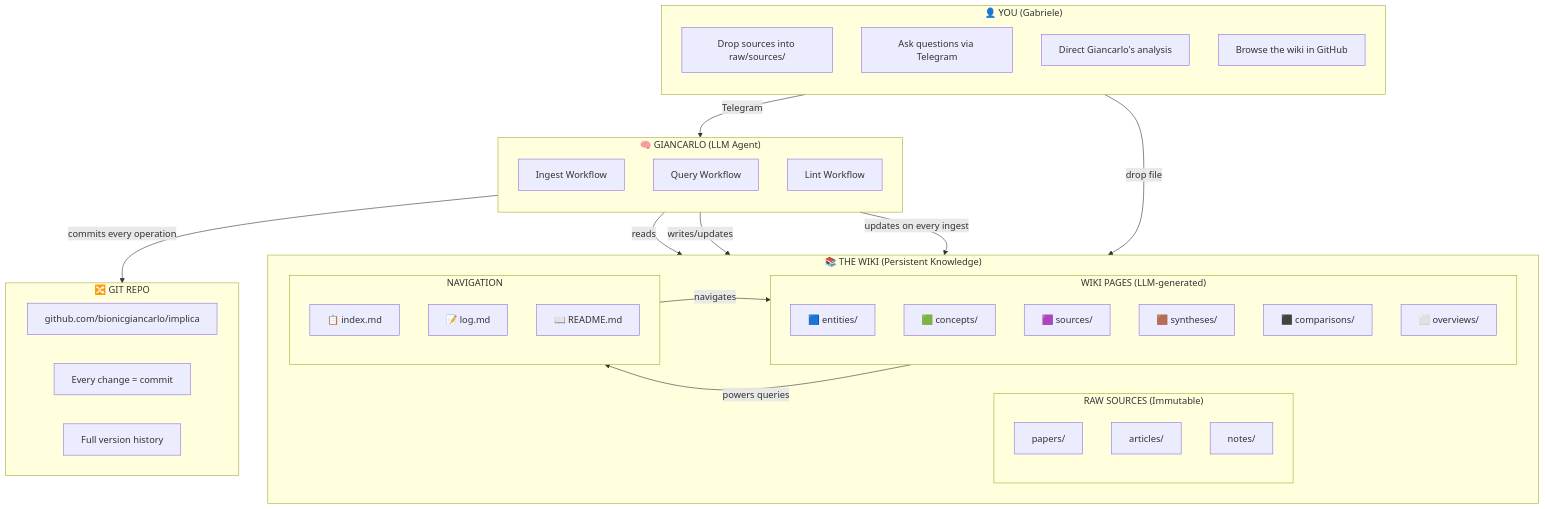
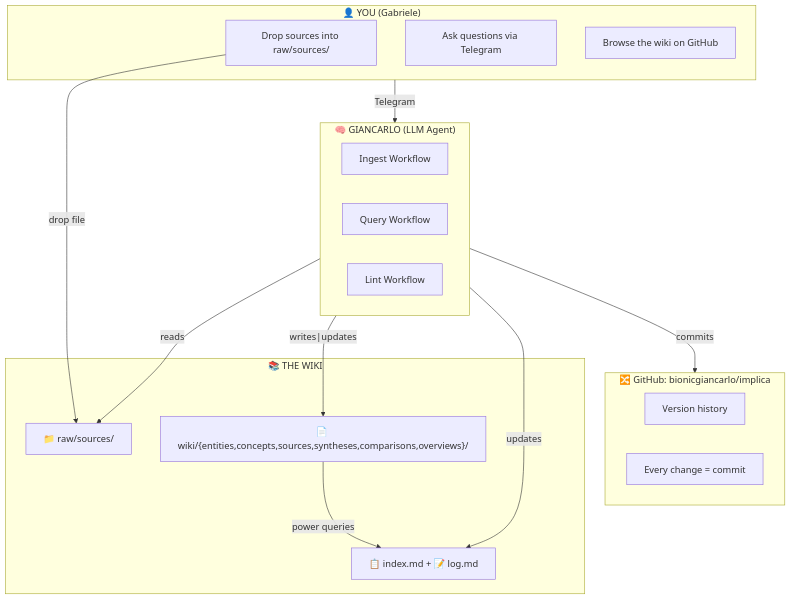
Before and after one commit to bionicgiancarlo/implica: the diagram in diagram.md, drawn with Mermaid. The commit also changed 1 other file, not shown here.

Commit message:
Fix Mermaid: rename subgraph GIT to REPO to avoid cycle

````diff
--- a/diagram.md
+++ b/diagram.md
@@ -3,60 +3,34 @@
 ```mermaid
 flowchart TB
     subgraph USER["👤 YOU (Gabriele)"]
-        direction TB
         U1["Drop sources into raw/sources/"]
         U2["Ask questions via Telegram"]
-        U3["Direct Giancarlo's analysis"]
-        U4["Browse the wiki in GitHub"]
+        U3["Browse the wiki on GitHub"]
     end
 
     subgraph AGENT["🧠 GIANCARLO (LLM Agent)"]
-        direction TB
         A1["Ingest Workflow"]
         A2["Query Workflow"]
         A3["Lint Workflow"]
     end
 
-    subgraph WIKI["📚 THE WIKI (Persistent Knowledge)"]
-        direction LR
-        
-        subgraph RAW["RAW SOURCES (Immutable)"]
-            RS1["papers/"]
-            RS2["articles/"]
-            RS3["notes/"]
-        end
+    USER -->|"Telegram"| AGENT
+    U1 -->|"drop file"| RAW
 
-        subgraph PAGES["WIKI PAGES (LLM-generated)"]
-            direction TB
-            WP1["🟦 entities/"]
-            WP2["🟩 concepts/"]
-            WP3["🟪 sources/"]
-            WP4["🟫 syntheses/"]
-            WP5["⬛ comparisons/"]
-            WP6["⬜ overviews/"]
-        end
-
-        subgraph NAV["NAVIGATION"]
-            IDX["📋 index.md"]
-            LOG["📝 log.md"]
-            README["📖 README.md"]
-        end
+    subgraph WIKI["📚 THE WIKI"]
+        RAW["📁 raw/sources/"] 
+        PAGES["📄 wiki/{entities,concepts,sources,syntheses,comparisons,overviews}/"]
+        NAV["📋 index.md + 📝 log.md"]
     end
 
-    subgraph GIT["🔀 GIT REPO"]
-        G1["github.com/bionicgiancarlo/implica"]
-        G2["Every change = commit"]
-        G3["Full version history"]
+    AGENT -->|"reads"| RAW
+    AGENT -->|"writes|updates"| PAGES
+    AGENT -->|"updates"| NAV
+    AGENT -->|"commits"| REPO
+    PAGES -->|"power queries"| NAV
+
+    subgraph REPO["🔀 GitHub: bionicgiancarlo/implica"]
+        R1["Version history"]
+        R2["Every change = commit"]
     end
-
-    USER -->|"Telegram"| AGENT
-    U1 -->|"drop file"| RAW
-    
-    AGENT -->|"reads"| RAW
-    AGENT -->|"writes/updates"| PAGES
-    AGENT -->|"updates on every ingest"| NAV
-    AGENT -->|"commits every operation"| GIT
-    
-    PAGES -->|"powers queries"| NAV
-    NAV -->|"navigates"| PAGES
 ```
````
